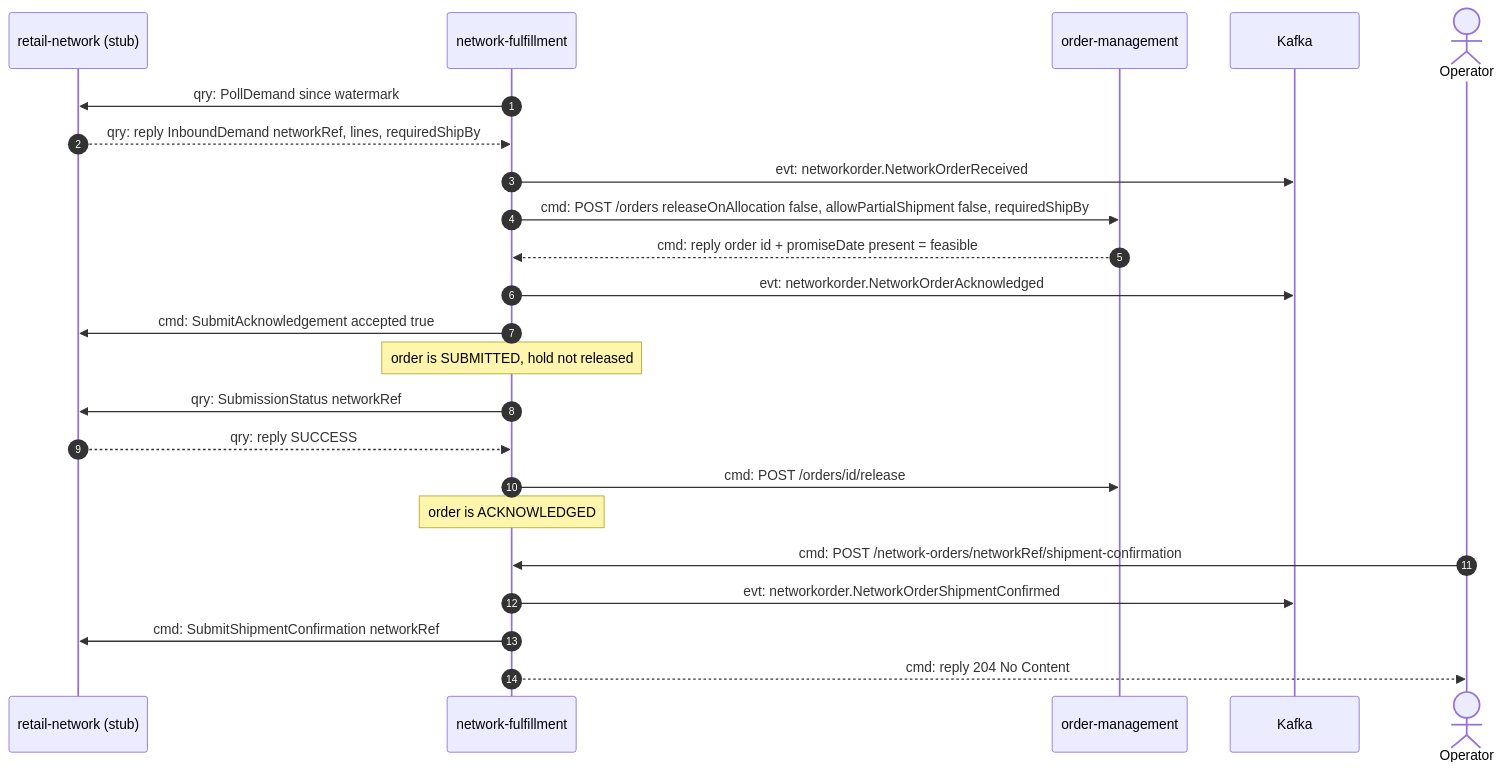
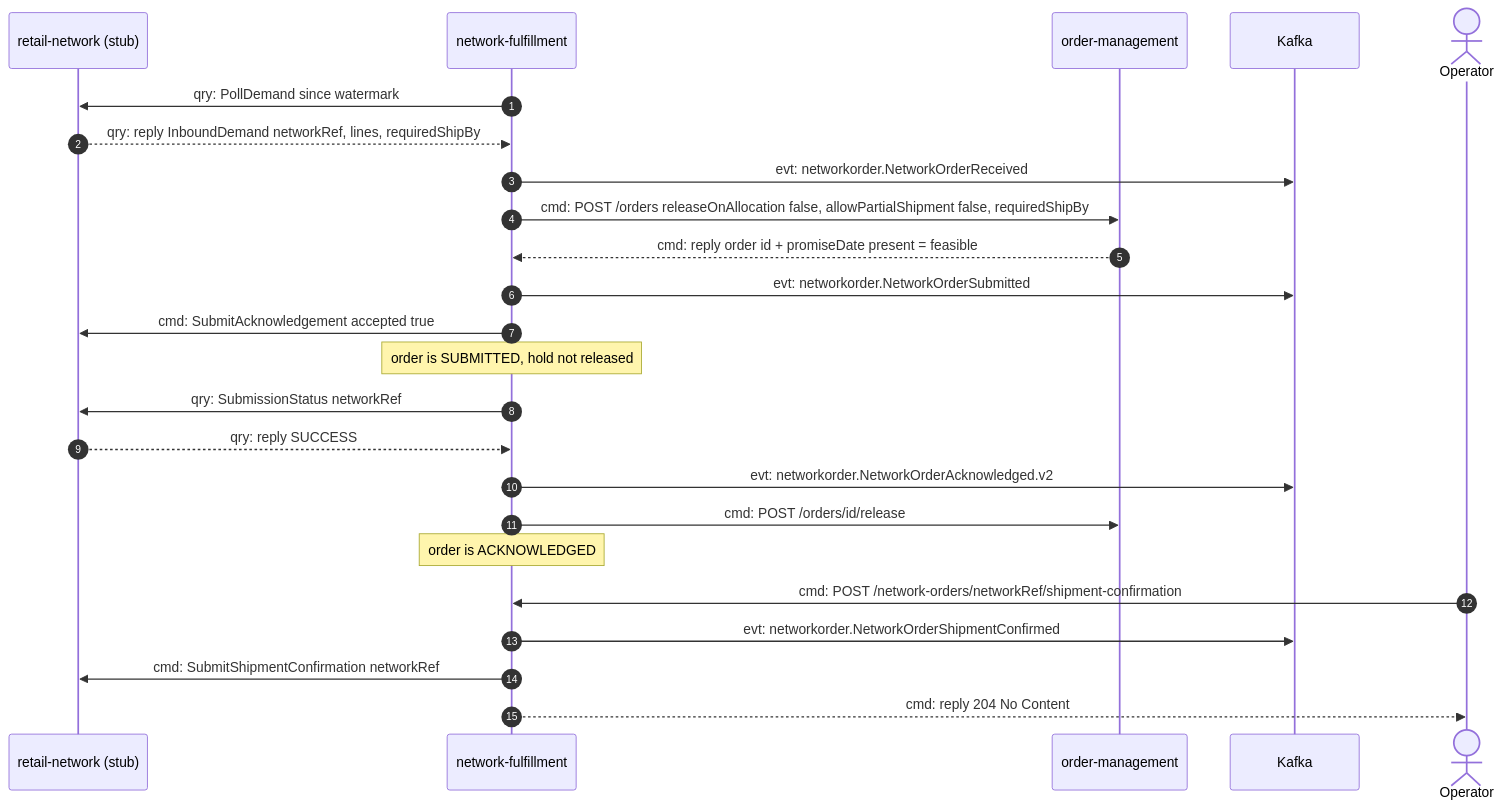
The first of 4 diagrams in docs/contexts/network-fulfillment/domain-message-flow.md (IQVO/warehouse-docs), drawn with Mermaid before and after one commit. The commit also changed 318 other files, not shown here.

````diff
--- a/docs/contexts/network-fulfillment/domain-message-flow.md
+++ b/docs/contexts/network-fulfillment/domain-message-flow.md
@@ -27,25 +27,26 @@
 ```mermaid
 sequenceDiagram
     autonumber
     participant RN as retail-network (stub)
     participant NF as network-fulfillment
     participant OM as order-management
     participant K as Kafka
     actor OP as Operator
     NF->>RN: qry: PollDemand since watermark
     RN-->>NF: qry: reply InboundDemand networkRef, lines, requiredShipBy
     NF->>K: evt: networkorder.NetworkOrderReceived
     NF->>OM: cmd: POST /orders releaseOnAllocation false, allowPartialShipment false, requiredShipBy
     OM-->>NF: cmd: reply order id + promiseDate present = feasible
-    NF->>K: evt: networkorder.NetworkOrderAcknowledged
+    NF->>K: evt: networkorder.NetworkOrderSubmitted
     NF->>RN: cmd: SubmitAcknowledgement accepted true
     Note over NF: order is SUBMITTED, hold not released
     NF->>RN: qry: SubmissionStatus networkRef
     RN-->>NF: qry: reply SUCCESS
+    NF->>K: evt: networkorder.NetworkOrderAcknowledged.v2
     NF->>OM: cmd: POST /orders/id/release
     Note over NF: order is ACKNOWLEDGED
     OP->>NF: cmd: POST /network-orders/networkRef/shipment-confirmation
     NF->>K: evt: networkorder.NetworkOrderShipmentConfirmed
     NF->>RN: cmd: SubmitShipmentConfirmation networkRef
     NF-->>OP: cmd: reply 204 No Content
 ```
````
